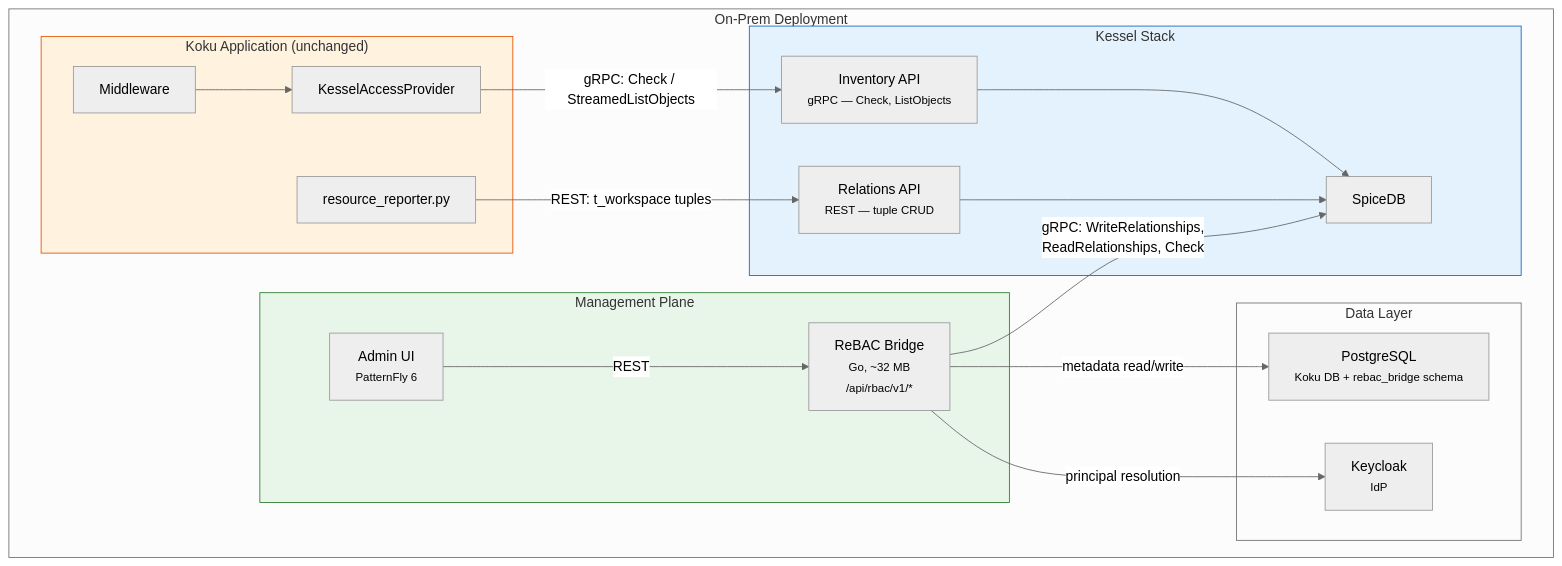
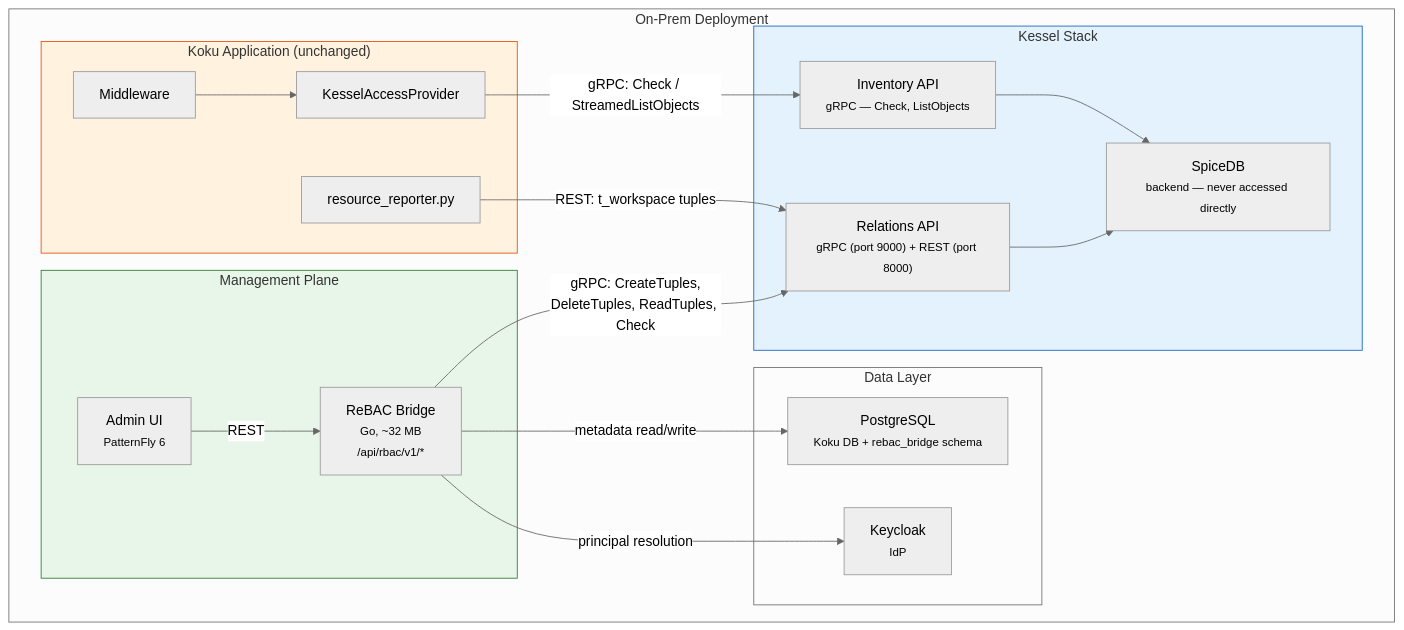
The first of 11 diagrams in docs/architecture/kessel-integration/rebac-bridge-design.md (project-koku/koku), drawn with Mermaid (neutral theme) before and after one commit. The commit also changed other lines of this file and 1 other file, not shown here.

````diff
--- a/docs/architecture/kessel-integration/rebac-bridge-design.md
+++ b/docs/architecture/kessel-integration/rebac-bridge-design.md
@@ -160,41 +160,41 @@
 ```mermaid
 flowchart TB
     subgraph onprem ["On-Prem Deployment"]
         subgraph mgmt ["Management Plane"]
             AdminUI["Admin UI<br/><small>PatternFly 6</small>"]
             Bridge["ReBAC Bridge<br/><small>Go, ~32 MB</small><br/><small>/api/rbac/v1/*</small>"]
         end
 
         subgraph kessel ["Kessel Stack"]
-            RelationsAPI["Relations API<br/><small>REST — tuple CRUD</small>"]
+            RelationsAPI["Relations API<br/><small>gRPC (port 9000) + REST (port 8000)</small>"]
             InventoryAPI["Inventory API<br/><small>gRPC — Check, ListObjects</small>"]
-            SpiceDB["SpiceDB"]
+            SpiceDB["SpiceDB<br/><small>backend — never accessed directly</small>"]
         end
 
         subgraph data ["Data Layer"]
             PG["PostgreSQL<br/><small>Koku DB + rebac_bridge schema</small>"]
             Keycloak["Keycloak<br/><small>IdP</small>"]
         end
 
         subgraph koku ["Koku Application (unchanged)"]
             Middleware["Middleware"]
             AccessProvider["KesselAccessProvider"]
             Reporter["resource_reporter.py"]
         end
 
         AdminUI -->|"REST"| Bridge
-        Bridge -->|"gRPC: WriteRelationships,<br/>ReadRelationships, Check"| SpiceDB
+        Bridge -->|"gRPC: CreateTuples,<br/>DeleteTuples, ReadTuples, Check"| RelationsAPI
         Bridge -->|"metadata read/write"| PG
         Bridge -->|"principal resolution"| Keycloak
         RelationsAPI --> SpiceDB
         InventoryAPI --> SpiceDB
 
         Middleware --> AccessProvider
         AccessProvider -->|"gRPC: Check / StreamedListObjects"| InventoryAPI
         Reporter -->|"REST: t_workspace tuples"| RelationsAPI
     end
 
     style mgmt fill:#e8f5e9,stroke:#2e7d32
     style kessel fill:#e3f2fd,stroke:#1565c0
     style koku fill:#fff3e0,stroke:#e65100
 ```
````
